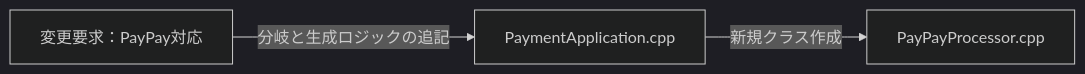
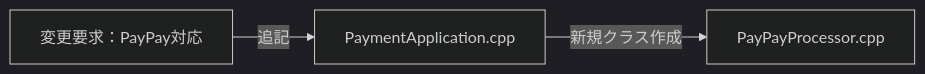
One commit to kumachan1101-pixel/DesignPattern changed the third of 10 diagrams in kindle/design-patterns/output/chapter08.md. Above: the diagram before and after it, drawn with Mermaid (dark theme). The commit also changed other lines of this file and 3 other files, not shown here.

````diff
--- a/kindle/design-patterns/output/chapter08.md
+++ b/kindle/design-patterns/output/chapter08.md
@@ -277,6 +279,6 @@
 ```mermaid
 graph LR
-    T1["変更要求：PayPay対応"] -->|"分岐と生成ロジックの追記"| A["PaymentApplication.cpp"]
+    T1["変更要求：PayPay対応"] -->|"追記"| A["PaymentApplication.cpp"]
     A -->|"新規クラス作成"| B["PayPayProcessor.cpp"]
 
 ```
````
